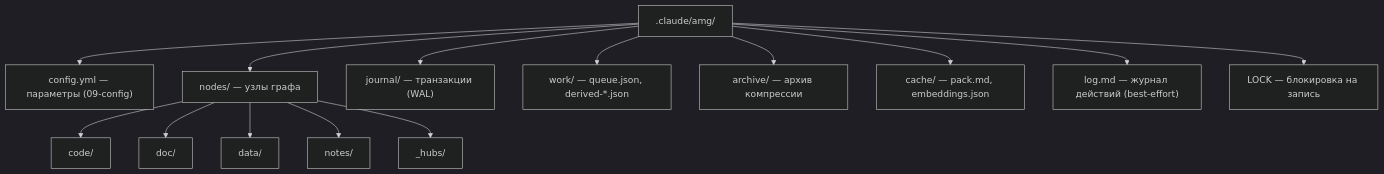
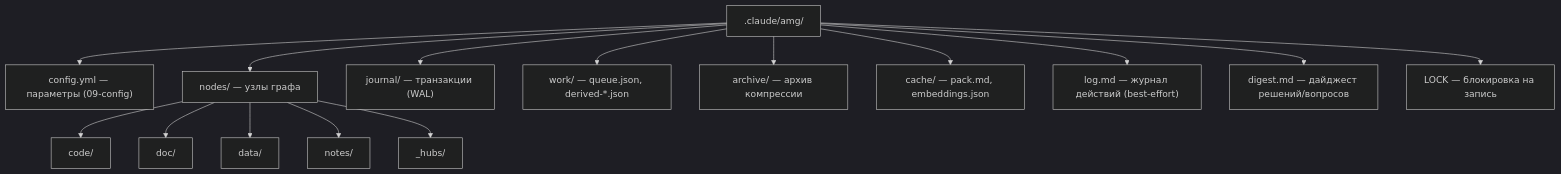
The second of 2 diagrams in docs/ru/architecture/02-data-model.md (Kvazar123/llm-amg), drawn with Mermaid (dark theme) before and after one commit. The commit also changed other lines of this file and 8 other files, not shown here.

First line of the commit message:
docs(lifecycle): document Stage 8 control plane; fold roadmap; map Stage 10 (stage 8)

````diff
--- a/docs/ru/architecture/02-data-model.md
+++ b/docs/ru/architecture/02-data-model.md
@@ -187,16 +187,17 @@
 ```mermaid
 flowchart TD
     R[".claude/amg/"] --> CFG["config.yml — параметры (09-config)"]
     R --> N["nodes/ — узлы графа"]
     R --> J["journal/ — транзакции (WAL)"]
     R --> W["work/ — queue.json, derived-*.json"]
     R --> A["archive/ — архив компрессии"]
     R --> CA["cache/ — pack.md, embeddings.json"]
     R --> LG["log.md — журнал действий (best-effort)"]
+    R --> DG["digest.md — дайджест решений/вопросов"]
     R --> L["LOCK — блокировка на запись"]
     N --> NC["code/"]
     N --> ND["doc/"]
     N --> NA["data/"]
     N --> NN["notes/"]
     N --> NH["_hubs/"]
 ```
````
